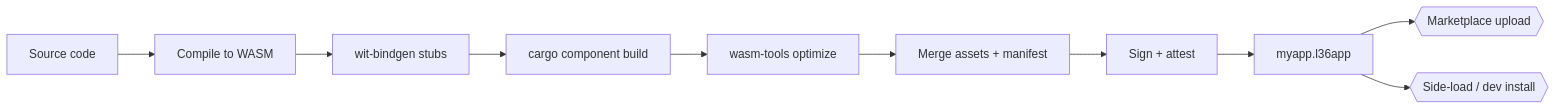
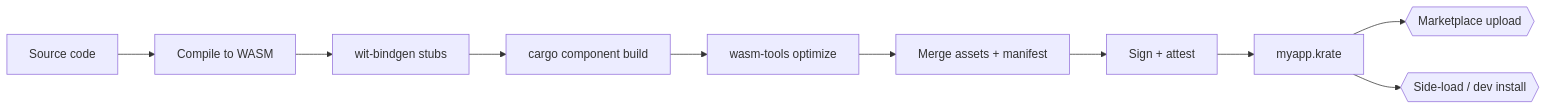
Before and after one commit to incyashraj/krate: the third of 10 diagrams in Plan/Build-Plan.md, drawn with Mermaid. The commit also changed other lines of this file and 13 other files, not shown here.

First line of the commit message:
docs: sweep .l36app to .krate and record the completed rename

````diff
--- a/Plan/Build-Plan.md
+++ b/Plan/Build-Plan.md
@@ -289,12 +289,12 @@
 ```mermaid
 flowchart LR
     A[Source code] --> B[Compile to WASM]
     B --> C[wit-bindgen stubs]
     C --> D[cargo component build]
     D --> E[wasm-tools optimize]
     E --> F[Merge assets + manifest]
     F --> G[Sign + attest]
-    G --> H[myapp.l36app]
+    G --> H[myapp.krate]
     H --> I{{Marketplace upload}}
     H --> J{{Side-load / dev install}}
 ```
````
